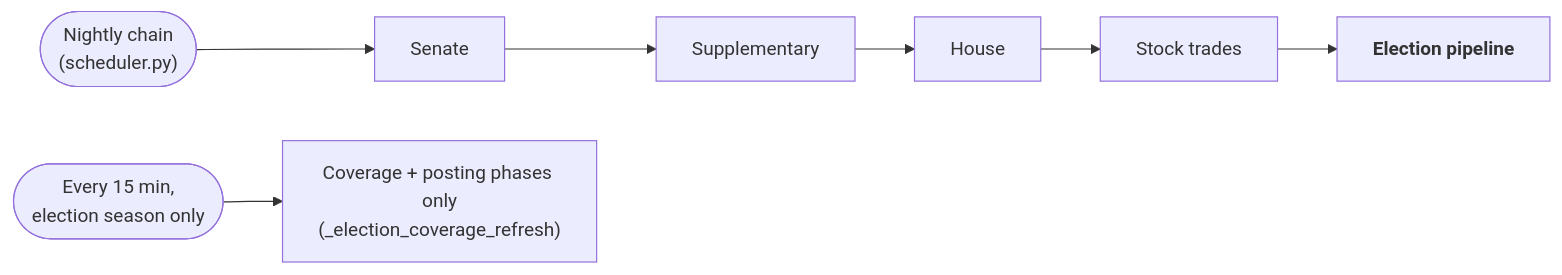
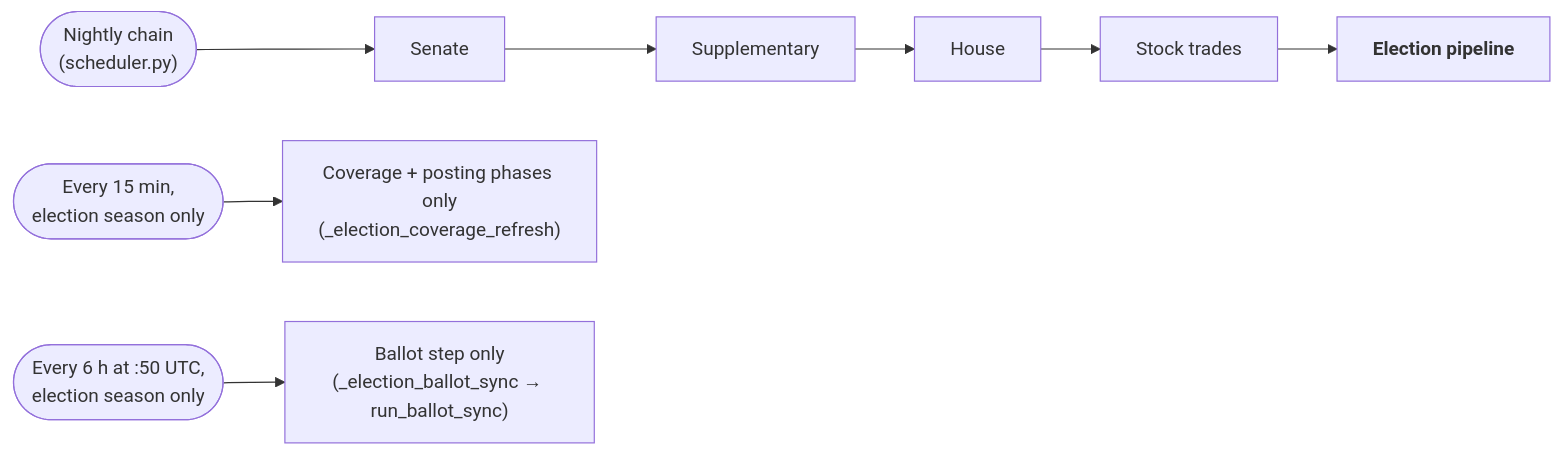
Before and after one commit to kamoras/civitas: the first of 3 diagrams in docs/diagrams/10-elections.md, drawn with Mermaid. The commit also changed other lines of this file and 6 other files, not shown here.

````diff
--- a/docs/diagrams/10-elections.md
+++ b/docs/diagrams/10-elections.md
@@ -13,5 +13,6 @@
 ```mermaid
 flowchart LR
     NIGHTLY(["Nightly chain<br/>(scheduler.py)"]) --> SEN[Senate] --> SUP[Supplementary] --> HOUSE[House] --> STOCK[Stock trades] --> ELEC["<b>Election pipeline</b>"]
     QUARTER(["Every 15 min,<br/>election season only"]) --> COV["Coverage + posting phases only<br/>(_election_coverage_refresh)"]
+    SIX(["Every 6 h at :50 UTC,<br/>election season only"]) --> BAL["Ballot step only<br/>(_election_ballot_sync → run_ballot_sync)"]
 ```
````
